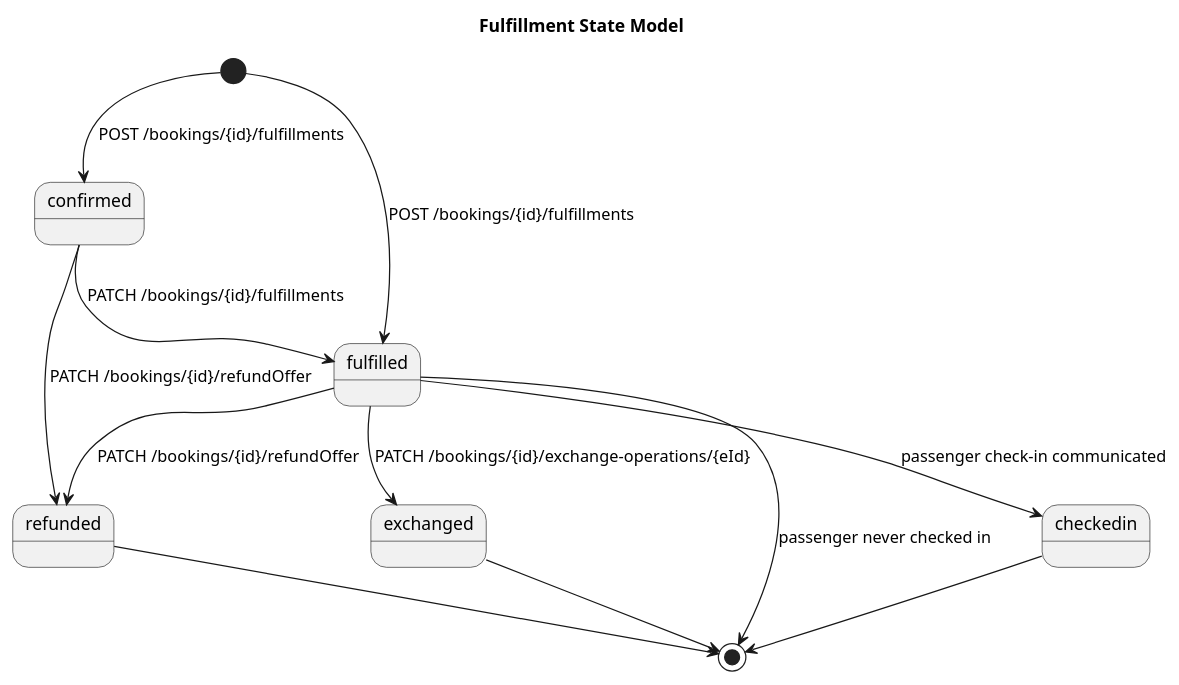
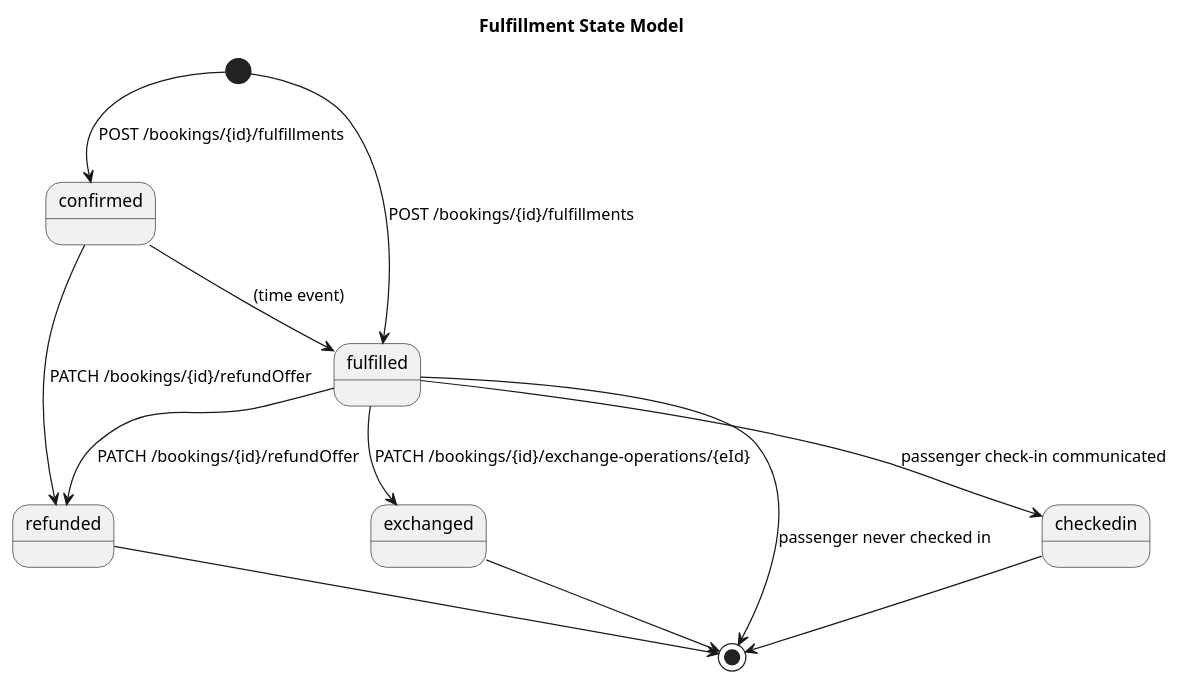
Before and after one commit to UnionInternationalCheminsdeFer/OSDM: the diagram in images/models/fulfillment-state-model.puml, drawn with PlantUML. The commit also changed 1 other file, not shown here.

Commit message:
#402 Fulfillment is time event

```diff
--- a/images/models/fulfillment-state-model.puml
+++ b/images/models/fulfillment-state-model.puml
@@ -1,14 +1,14 @@
 @startuml
 title "Fulfillment State Model"
 [*] --> confirmed: POST /bookings/{id}/fulfillments
 [*] --> fulfilled: POST /bookings/{id}/fulfillments
-confirmed --> fulfilled: PATCH /bookings/{id}/fulfillments 
+confirmed --> fulfilled: (time event)
 fulfilled --> checkedin: passenger check-in communicated 
 confirmed --> refunded: PATCH /bookings/{id}/refundOffer
 fulfilled --> refunded: PATCH /bookings/{id}/refundOffer
 fulfilled --> exchanged: PATCH /bookings/{id}/exchange-operations/{eId}
 fulfilled --> [*]: passenger never checked in
 checkedin --> [*]
 refunded --> [*]
 exchanged --> [*]
 @enduml
```
